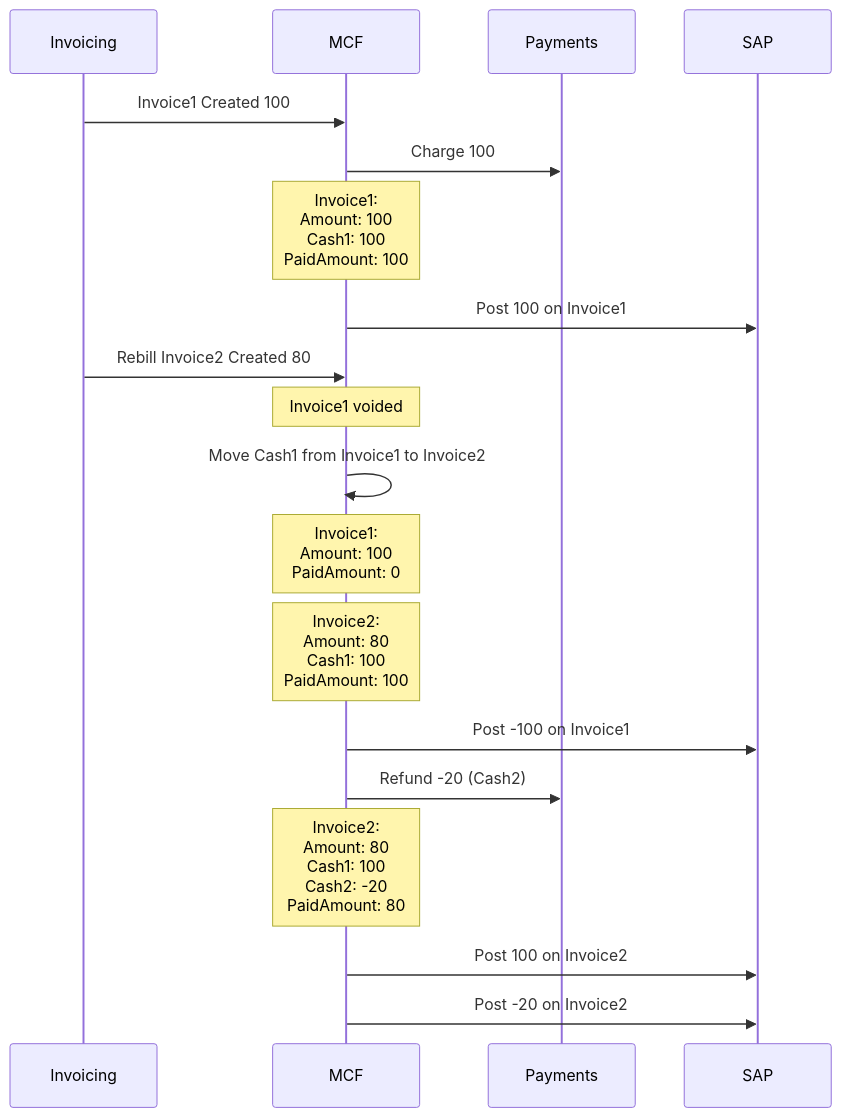
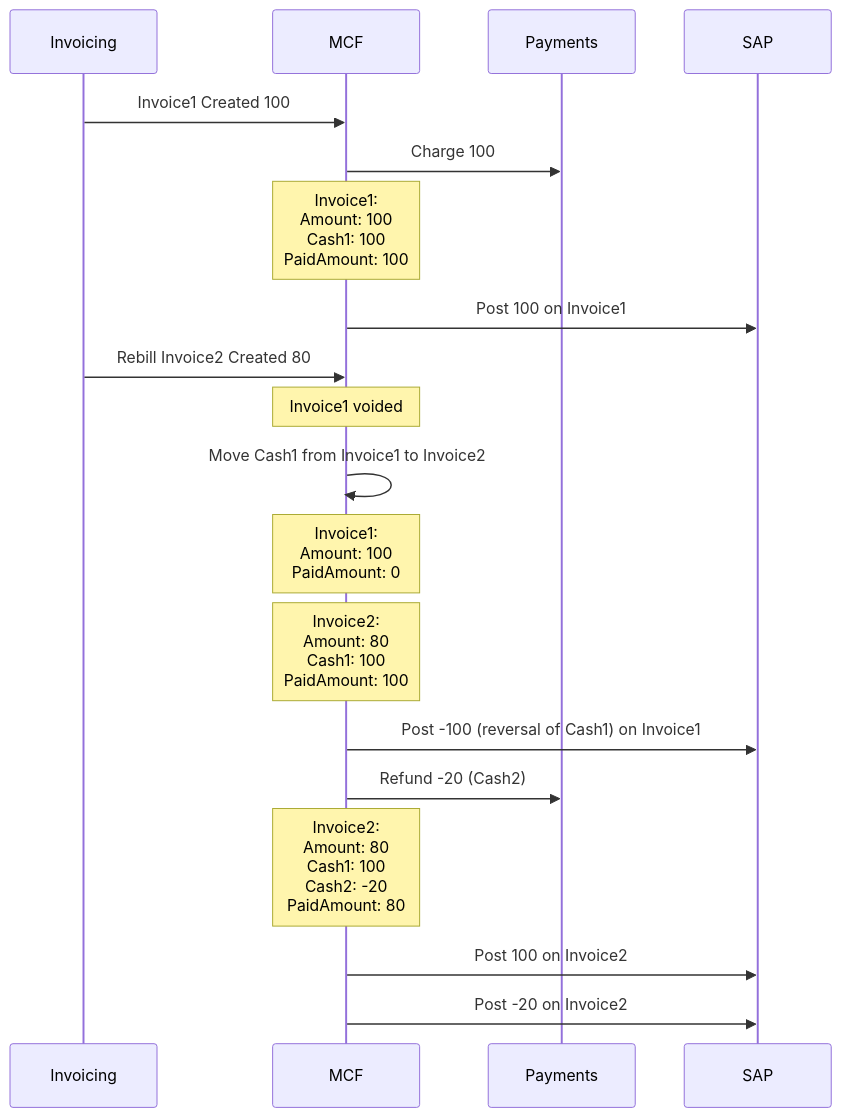
The sixth of 13 diagrams in MCF-SAP Scenarios.md (vikramsinha/test1), drawn with Mermaid before and after one commit. The commit also changed other lines of this file, not shown here.

Commit message:
Update MCF-SAP Scenarios.md

````diff
--- a/MCF-SAP Scenarios.md
+++ b/MCF-SAP Scenarios.md
@@ -100,23 +100,23 @@
 ```mermaid
 %%{init: {'theme': 'default'} }%%
 sequenceDiagram
     participant Invoicing
     participant MCF
     participant Payments
     participant SAP
     Invoicing->>MCF: Invoice1 Created 100
     MCF->>Payments: Charge 100
     Note over MCF: Invoice1:<br/>Amount: 100<br/>Cash1: 100<br/>PaidAmount: 100
     MCF->>SAP: Post 100 on Invoice1
     Invoicing->>MCF: Rebill Invoice2 Created 80
     Note over MCF: Invoice1 voided
     MCF->>MCF: Move Cash1 from Invoice1 to Invoice2
     Note over MCF: Invoice1:<br/>Amount: 100<br/>PaidAmount: 0
     Note over MCF: Invoice2:<br/>Amount: 80<br/>Cash1: 100<br/>PaidAmount: 100
-    MCF->>SAP: Post -100 on Invoice1
+    MCF->>SAP: Post -100 (reversal of Cash1) on Invoice1
     MCF->>Payments: Refund -20 (Cash2)
     Note over MCF: Invoice2:<br/>Amount: 80<br/>Cash1: 100<br/>Cash2: -20<br/>PaidAmount: 80
     MCF->>SAP: Post 100 on Invoice2
     MCF->>SAP: Post -20 on Invoice2
 
 ```
````
